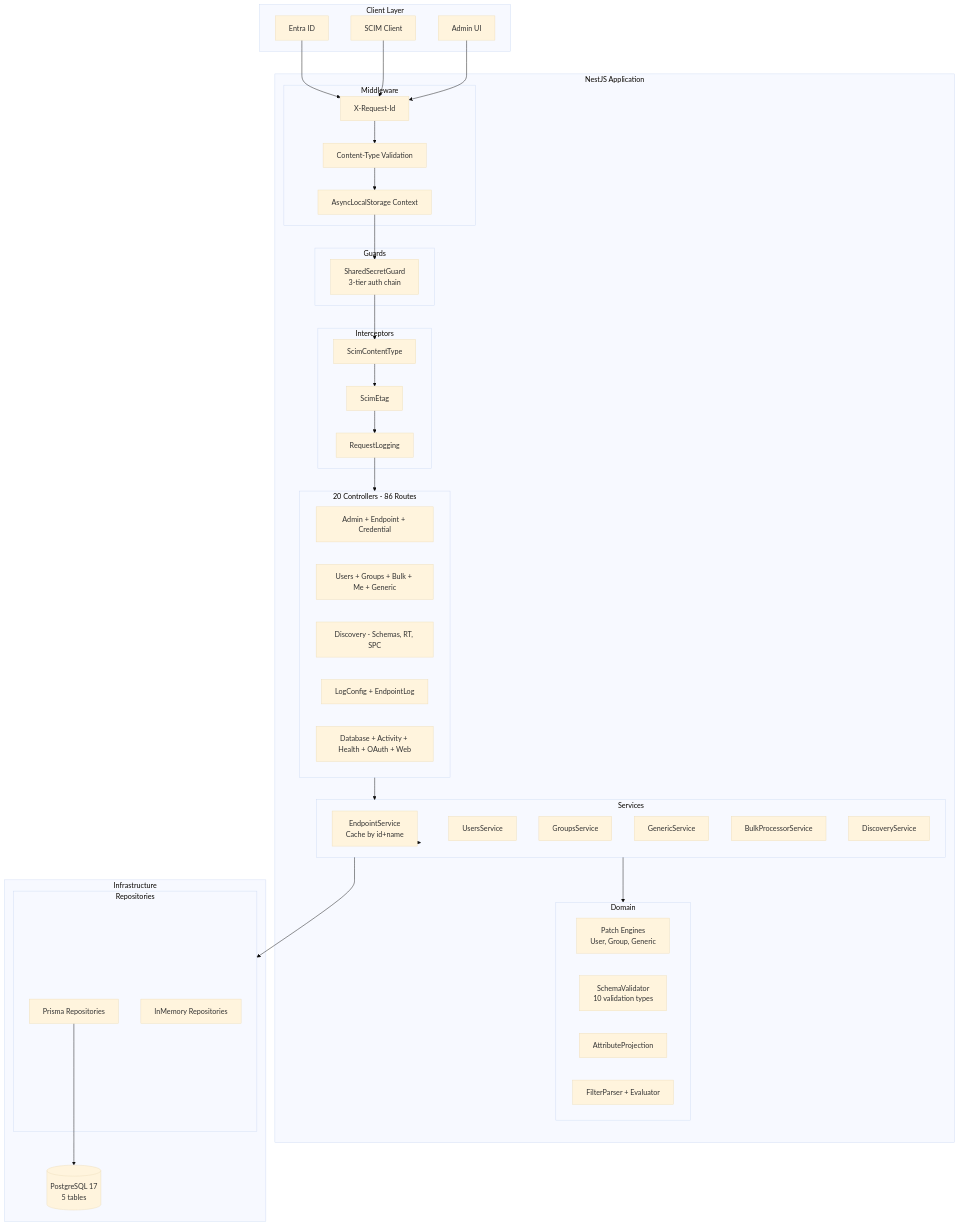
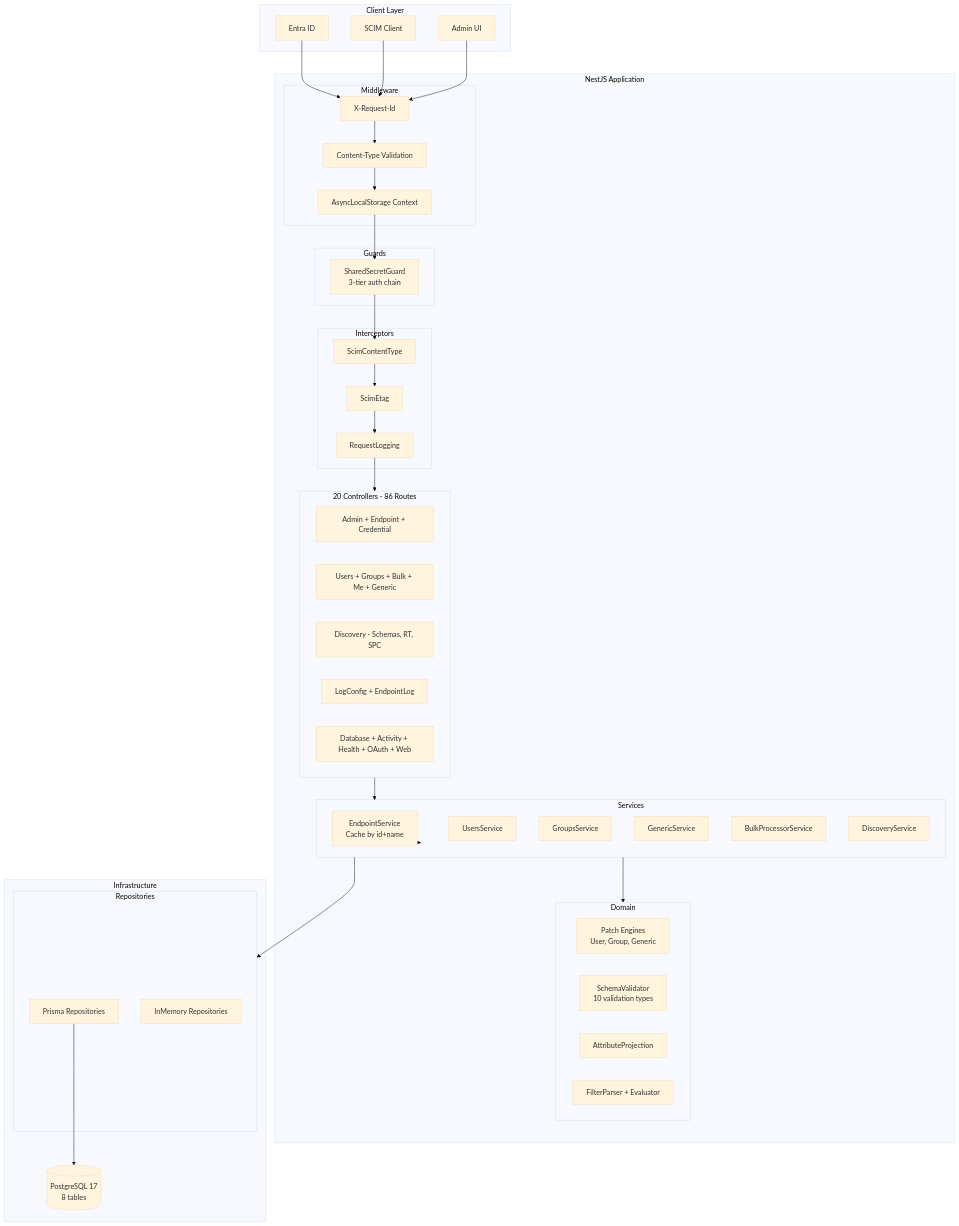
Before and after one commit to pranems/SCIMServer: the first of 11 diagrams in docs/TECHNICAL_DESIGN_DOCUMENT.md, drawn with Mermaid (base theme). The commit also changed other lines of this file and 2 other files, not shown here.

First line of the commit message:
docs: sync DB model to current schema (8 tables) + RequestLog audit-trail decoupling

````diff
--- a/docs/TECHNICAL_DESIGN_DOCUMENT.md
+++ b/docs/TECHNICAL_DESIGN_DOCUMENT.md
@@ -30,69 +30,69 @@
 ```mermaid
 flowchart TB
     subgraph Client Layer
         C1[Entra ID]
         C2[SCIM Client]
         C3[Admin UI]
     end
 
     subgraph NestJS Application
         subgraph Middleware
             MW1[X-Request-Id]
             MW2[Content-Type Validation]
             MW3[AsyncLocalStorage Context]
         end
 
         subgraph Guards
             G1[SharedSecretGuard<br>3-tier auth chain]
         end
 
         subgraph Interceptors
             I1[ScimContentType]
             I2[ScimEtag]
             I3[RequestLogging]
         end
 
         subgraph Controllers [20 Controllers - 86 Routes]
             Admin[Admin + Endpoint + Credential]
             SCIM[Users + Groups + Bulk + Me + Generic]
             Disc[Discovery - Schemas, RT, SPC]
             Log[LogConfig + EndpointLog]
             Other[Database + Activity + Health + OAuth + Web]
         end
 
         subgraph Services
             ES[EndpointService<br>Cache by id+name]
             US[UsersService]
             GS[GroupsService]
             GenS[GenericService]
             BS[BulkProcessorService]
             DS[DiscoveryService]
         end
 
         subgraph Domain
             PE[Patch Engines<br>User, Group, Generic]
             SV[SchemaValidator<br>10 validation types]
             AP[AttributeProjection]
             FP[FilterParser + Evaluator]
         end
     end
 
     subgraph Infrastructure
         subgraph Repositories
             PR[Prisma Repositories]
             IR[InMemory Repositories]
         end
-        DB[(PostgreSQL 17<br>5 tables)]
+        DB[(PostgreSQL 17<br>8 tables)]
     end
 
     C1 & C2 --> MW1
     C3 --> MW1
     MW1 --> MW2 --> MW3 --> G1
     G1 --> I1 --> I2 --> I3
     I3 --> Controllers
     Controllers --> Services
     Services --> Domain
     Services --> ES
     Services --> Repositories
     PR --> DB
 ```
````
